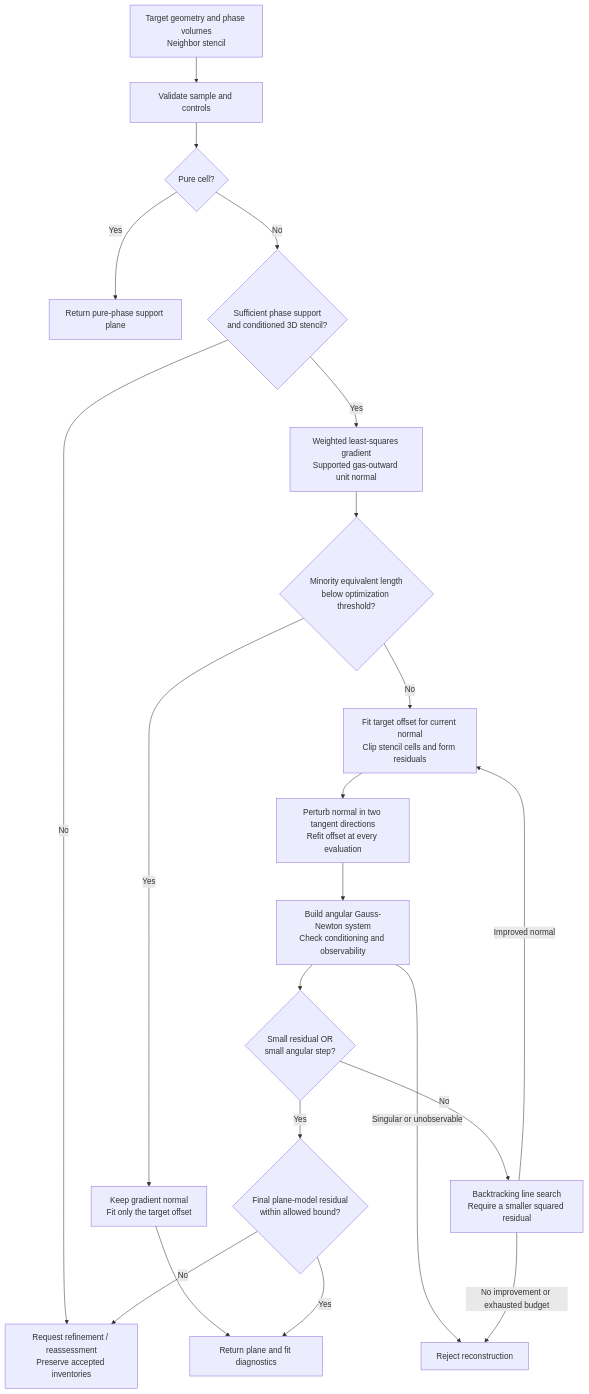
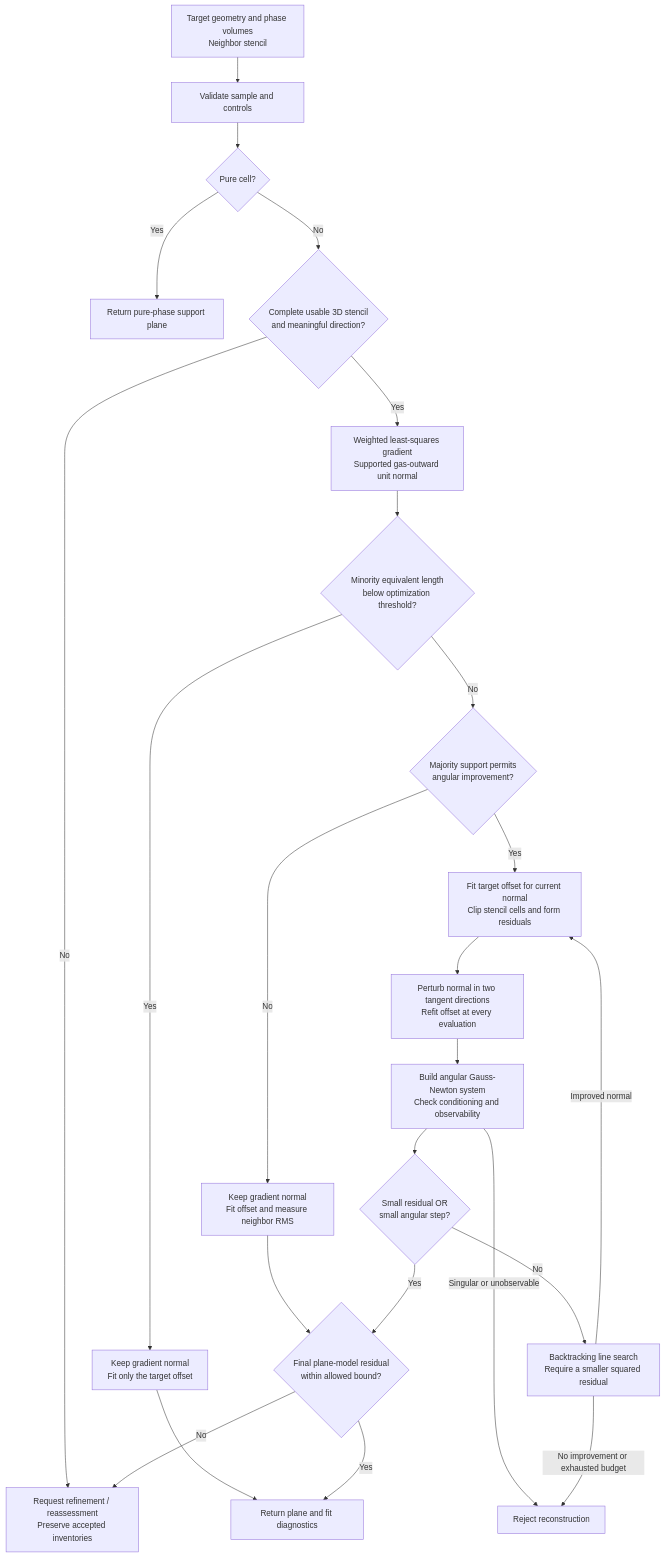
Before and after one commit to islandox/SimpleFluid: the first of 2 diagrams in docs/modeling/plic.md, drawn with Mermaid. The commit also changed other lines of this file and 14 other files, not shown here.

````diff
--- a/docs/modeling/plic.md
+++ b/docs/modeling/plic.md
@@ -87,35 +92,39 @@
 ```mermaid
 flowchart TD
     A["Target geometry and phase volumes<br/>Neighbor stencil"]
     B["Validate sample and controls"]
     C{"Pure cell?"}
     P["Return pure-phase support plane"]
-    D{"Sufficient phase support<br/>and conditioned 3D stencil?"}
+    D{"Complete usable 3D stencil<br/>and meaningful direction?"}
     R["Request refinement / reassessment<br/>Preserve accepted inventories"]
     E["Weighted least-squares gradient<br/>Supported gas-outward unit normal"]
     S{"Minority equivalent length<br/>below optimization threshold?"}
     O["Keep gradient normal<br/>Fit only the target offset"]
+    M{"Majority support permits<br/>angular improvement?"}
+    W["Keep gradient normal<br/>Fit offset and measure neighbor RMS"]
     F["Fit target offset for current normal<br/>Clip stencil cells and form residuals"]
     G["Perturb normal in two tangent directions<br/>Refit offset at every evaluation"]
     H["Build angular Gauss-Newton system<br/>Check conditioning and observability"]
     I{"Small residual OR<br/>small angular step?"}
     J["Backtracking line search<br/>Require a smaller squared residual"]
     K{"Final plane-model residual<br/>within allowed bound?"}
     L["Return plane and fit diagnostics"]
     X["Reject reconstruction"]
 
     A --> B --> C
     C -- Yes --> P
     C -- No --> D
     D -- No --> R
     D -- Yes --> E --> S
     S -- Yes --> O --> L
-    S -- No --> F --> G --> H --> I
+    S -- No --> M
+    M -- No --> W --> K
+    M -- Yes --> F --> G --> H --> I
     H -- Singular or unobservable --> X
     I -- No --> J
     J -- Improved normal --> F
     J -- No improvement or exhausted budget --> X
     I -- Yes --> K
     K -- Yes --> L
     K -- No --> R
 ```
````
